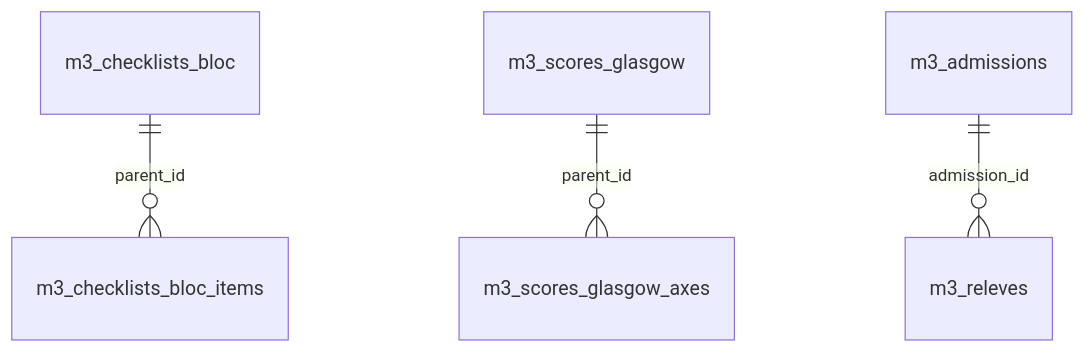
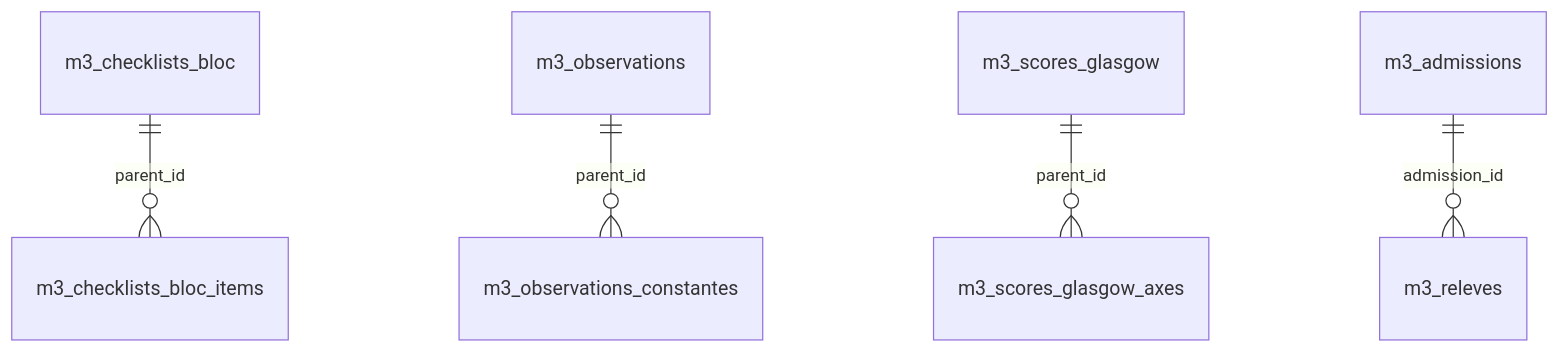
One commit to massenon/sighcnt changed the sixth of 15 diagrams in docs/architecture/ERD.md. Above: the diagram before and after it, drawn with Mermaid. The commit also changed other lines of this file and 10 other files, not shown here.

First line of the commit message:
chore(referentiels): régénération complète depuis la maquette (droits, manifeste, parité, cartographie, ERD, copies du poste, icônes)

````diff
--- a/docs/architecture/ERD.md
+++ b/docs/architecture/ERD.md
@@ -109,6 +124,7 @@
 ```mermaid
 erDiagram
   m3_checklists_bloc ||--o{ m3_checklists_bloc_items : "parent_id"
+  m3_observations ||--o{ m3_observations_constantes : "parent_id"
   m3_scores_glasgow ||--o{ m3_scores_glasgow_axes : "parent_id"
   m3_admissions ||--o{ m3_releves : "admission_id"
 ```
````
